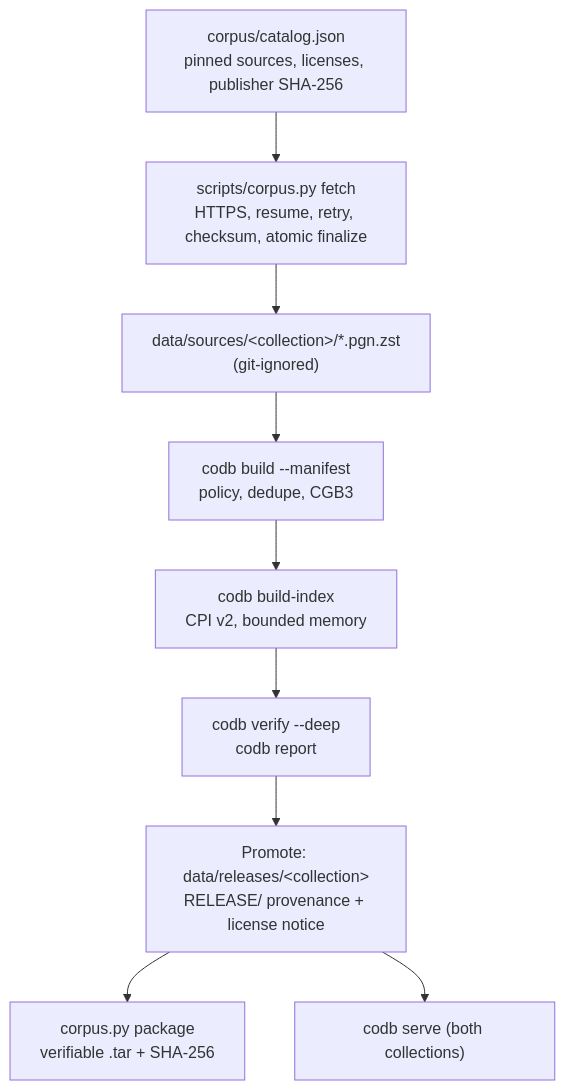
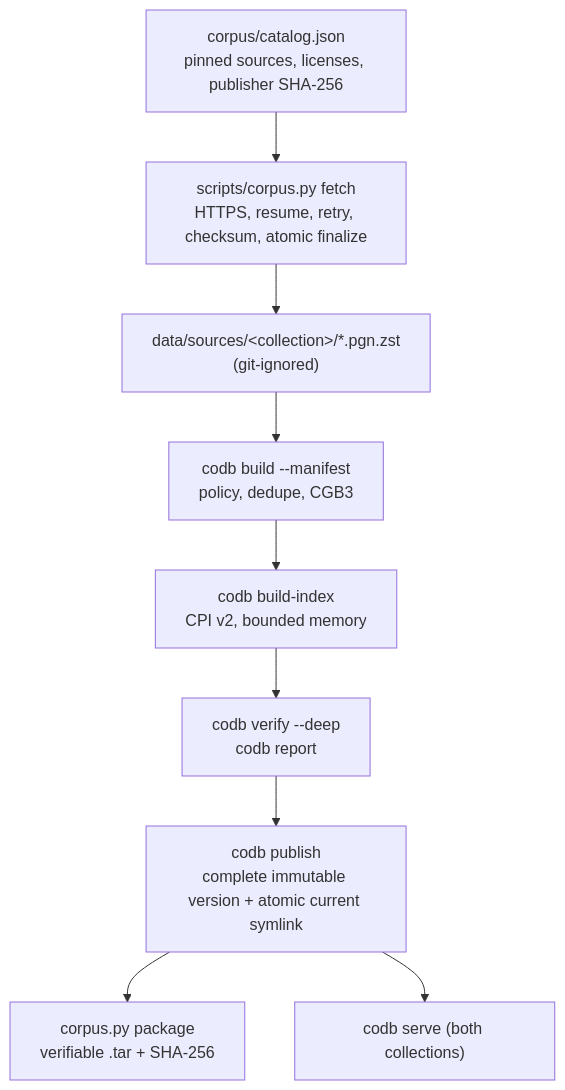
Before and after one commit to Nerver-zip/chess-database-api: the third of 4 diagrams in docs/ARCHITECTURE.md, drawn with Mermaid. The commit also changed other lines of this file and 58 other files, not shown here.

````diff
--- a/docs/ARCHITECTURE.md
+++ b/docs/ARCHITECTURE.md
@@ -221,11 +222,11 @@
 ```mermaid
 flowchart TD
     CAT["corpus/catalog.json<br/>pinned sources, licenses, publisher SHA-256"] --> FETCH["scripts/corpus.py fetch<br/>HTTPS, resume, retry, checksum, atomic finalize"]
     FETCH --> SRC["data/sources/&lt;collection&gt;/*.pgn.zst<br/>(git-ignored)"]
     SRC --> BUILD["codb build --manifest<br/>policy, dedupe, CGB3"]
     BUILD --> INDEX["codb build-index<br/>CPI v2, bounded memory"]
     INDEX --> VERIFY["codb verify --deep<br/>codb report"]
-    VERIFY --> PUBLISH["Promote: data/releases/&lt;collection&gt;<br/>RELEASE/ provenance + license notice"]
+    VERIFY --> PUBLISH["codb publish<br/>complete immutable version + atomic current symlink"]
     PUBLISH --> PKG["corpus.py package<br/>verifiable .tar + SHA-256"]
     PUBLISH --> SERVE["codb serve (both collections)"]
 ```
````
